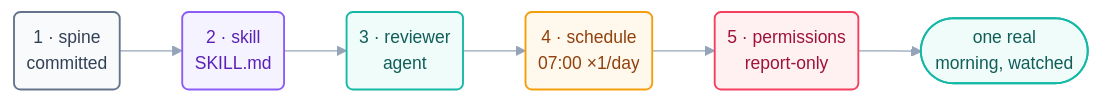
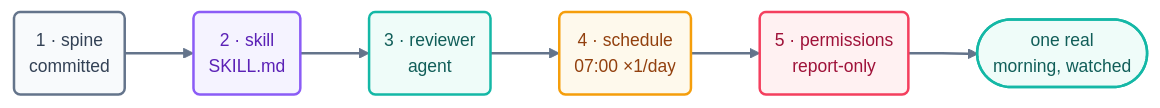
Before and after one commit to ayeshakhalid192007-dev/LoopEngineering-CrashCourse: the diagram in docs/07-part-5-complete-loop/13a-claude-code-walkthrough.md, drawn with Mermaid. The commit also changed 66 other files, not shown here.

First line of the commit message:
docs(diagrams): bolden and unify all 70 mermaid diagrams

````diff
--- a/docs/07-part-5-complete-loop/13a-claude-code-walkthrough.md
+++ b/docs/07-part-5-complete-loop/13a-claude-code-walkthrough.md
@@ -51,13 +51,14 @@
 ```mermaid
-%%{init: {'theme':'base','themeVariables':{'fontFamily':'ui-sans-serif, system-ui, sans-serif','fontSize':'14px','lineColor':'#94a3b8'},'flowchart':{'curve':'basis','nodeSpacing':45,'rankSpacing':50,'padding':10}}}%%
+%%{init: {'theme':'base','themeVariables':{'fontFamily':'ui-sans-serif, system-ui, sans-serif','fontSize':'14px','lineColor':'#64748b','edgeLabelBackground':'#f8fafc'},'flowchart':{'curve':'basis','nodeSpacing':45,'rankSpacing':55,'padding':12}}}%%
 flowchart LR
     S1("1 · spine<br/>committed"):::file --> S2("2 · skill<br/>SKILL.md"):::cfg
     S2 --> S3("3 · reviewer<br/>agent"):::check --> S4("4 · schedule<br/>07:00 ×1/day"):::time
     S4 --> S5("5 · permissions<br/>report-only"):::limit --> RUN(["one real<br/>morning, watched"]):::win
-    classDef file fill:#f8fafc,stroke:#64748b,stroke-width:1.5px,color:#334155;
-    classDef cfg fill:#f5f3ff,stroke:#8b5cf6,stroke-width:1.5px,color:#5b21b6;
-    classDef check fill:#effcf9,stroke:#14b8a6,stroke-width:1.5px,color:#115e59;
-    classDef time fill:#fef9ec,stroke:#f59e0b,stroke-width:1.5px,color:#92400e;
-    classDef limit fill:#fff1f2,stroke:#f43f5e,stroke-width:1.5px,color:#9f1239;
-    classDef win fill:#effcf9,stroke:#14b8a6,stroke-width:1.5px,color:#115e59;
+    linkStyle default stroke:#64748b,stroke-width:2px;
+    classDef file fill:#f8fafc,stroke:#64748b,stroke-width:2px,color:#334155;
+    classDef cfg fill:#f5f3ff,stroke:#8b5cf6,stroke-width:2px,color:#5b21b6;
+    classDef check fill:#effcf9,stroke:#14b8a6,stroke-width:2px,color:#115e59;
+    classDef time fill:#fef9ec,stroke:#f59e0b,stroke-width:2px,color:#92400e;
+    classDef limit fill:#fff1f2,stroke:#f43f5e,stroke-width:2px,color:#9f1239;
+    classDef win fill:#effcf9,stroke:#14b8a6,stroke-width:2px,color:#115e59;
 ```
````
